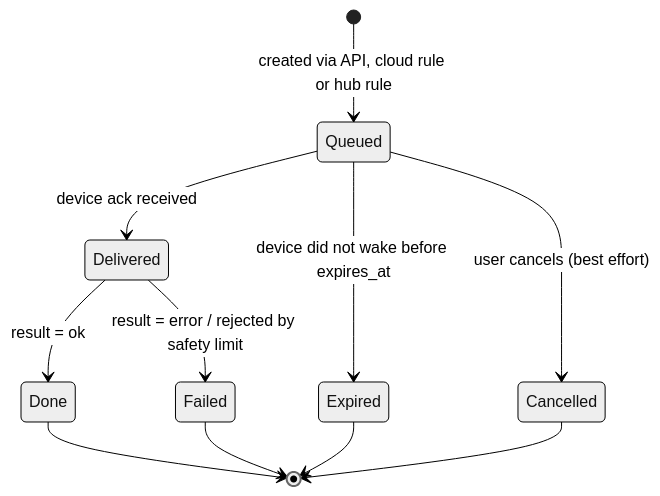
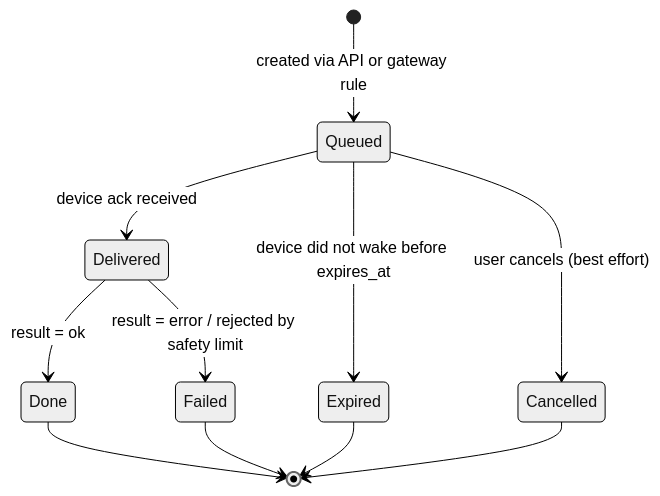
The tenth of 13 diagrams in PROJECT.md (Hansom17/MoistureController), drawn with Mermaid (neutral theme) before and after one commit. The commit also changed other lines of this file and 86 other files, not shown here.

First line of the commit message:
Switch plans to gateway + central API (v2) and remove obsolete v1 code

````diff
--- a/PROJECT.md
+++ b/PROJECT.md
@@ -451,13 +432,13 @@
 ```mermaid
 stateDiagram-v2
-    [*] --> Queued: created via API, cloud rule or hub rule
+    [*] --> Queued: created via API or gateway rule
     Queued --> Delivered: device ack received
     Queued --> Expired: device did not wake before expires_at
     Queued --> Cancelled: user cancels (best effort)
     Delivered --> Done: result = ok
     Delivered --> Failed: result = error / rejected by safety limit
     Done --> [*]
     Failed --> [*]
     Expired --> [*]
     Cancelled --> [*]
 ```
````
